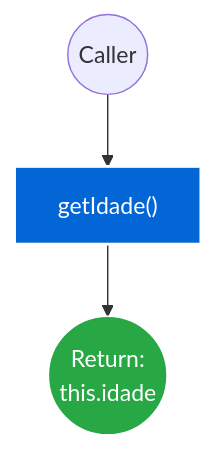
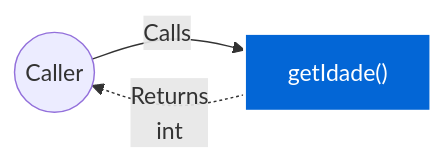
Before and after one commit to FelipeMCassiano/geanky: the fourth of 5 diagrams in docs/UserModel.md, drawn with Mermaid. The commit also changed other lines of this file and 6 other files, not shown here.

````diff
--- a/docs/UserModel.md
+++ b/docs/UserModel.md
@@ -167,11 +179,9 @@
 ```mermaid
-flowchart TD
+flowchart LR
     classDef methodNode fill:#0366d6,stroke:#fff,stroke-width:2px,color:#fff;
-    classDef callNode fill:#f1f8ff,stroke:#0366d6,color:#24292f;
-    classDef ifNode fill:#fff8c5,stroke:#d73a49,color:#24292f;
-    classDef retNode fill:#28a745,stroke:#fff,color:#fff;
+    Caller(("Caller"))
+    Method["getIdade()"]:::methodNode
 
-    START(("Caller")) --> M_ENTRY["getIdade()"]:::methodNode
-    M_ENTRY --> N1(("Return:<br>this.idade")):::retNode
-
+    Caller -- "Calls" --> Method
+    Method -. "Returns<br>int" .-> Caller
 ```
````
